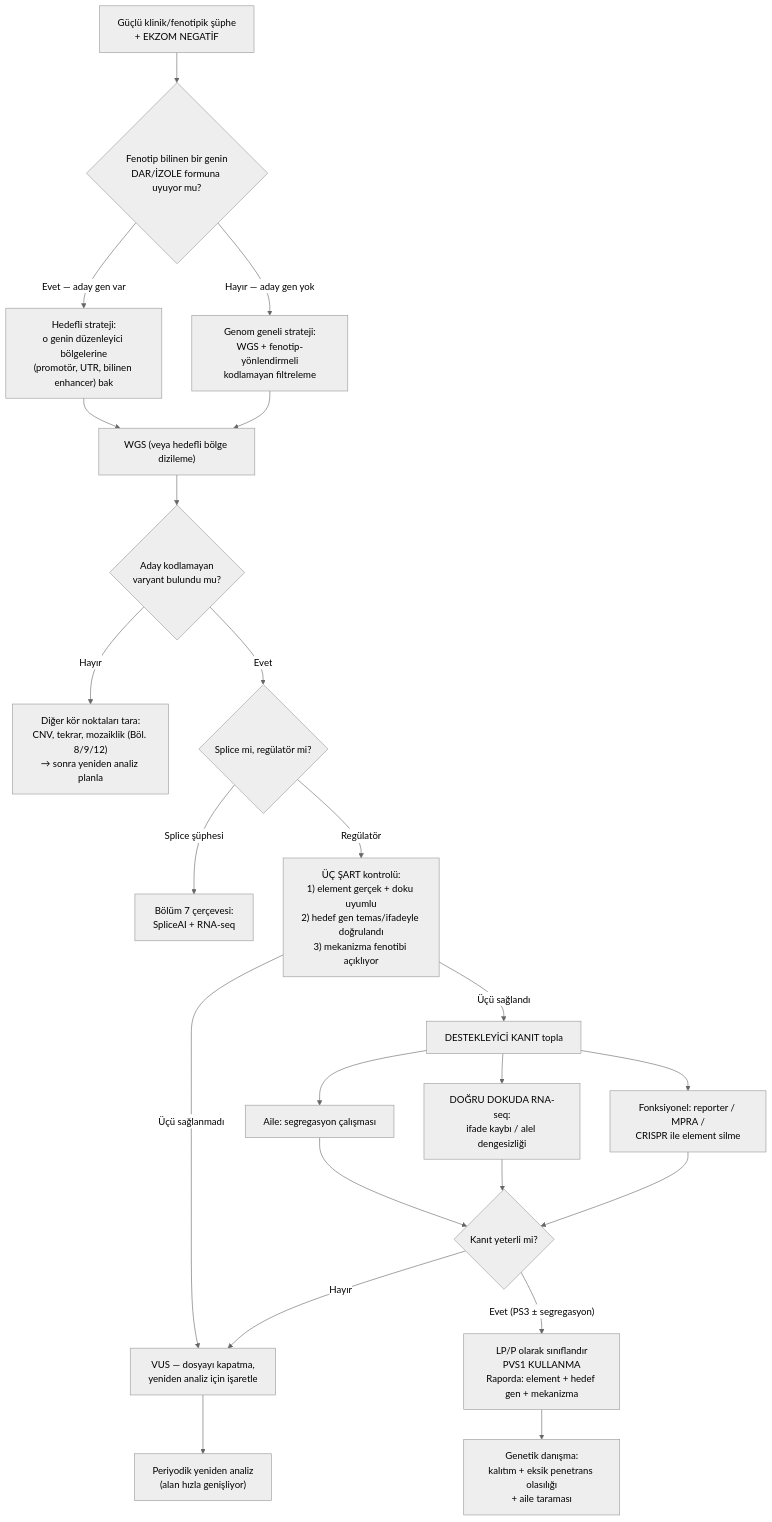
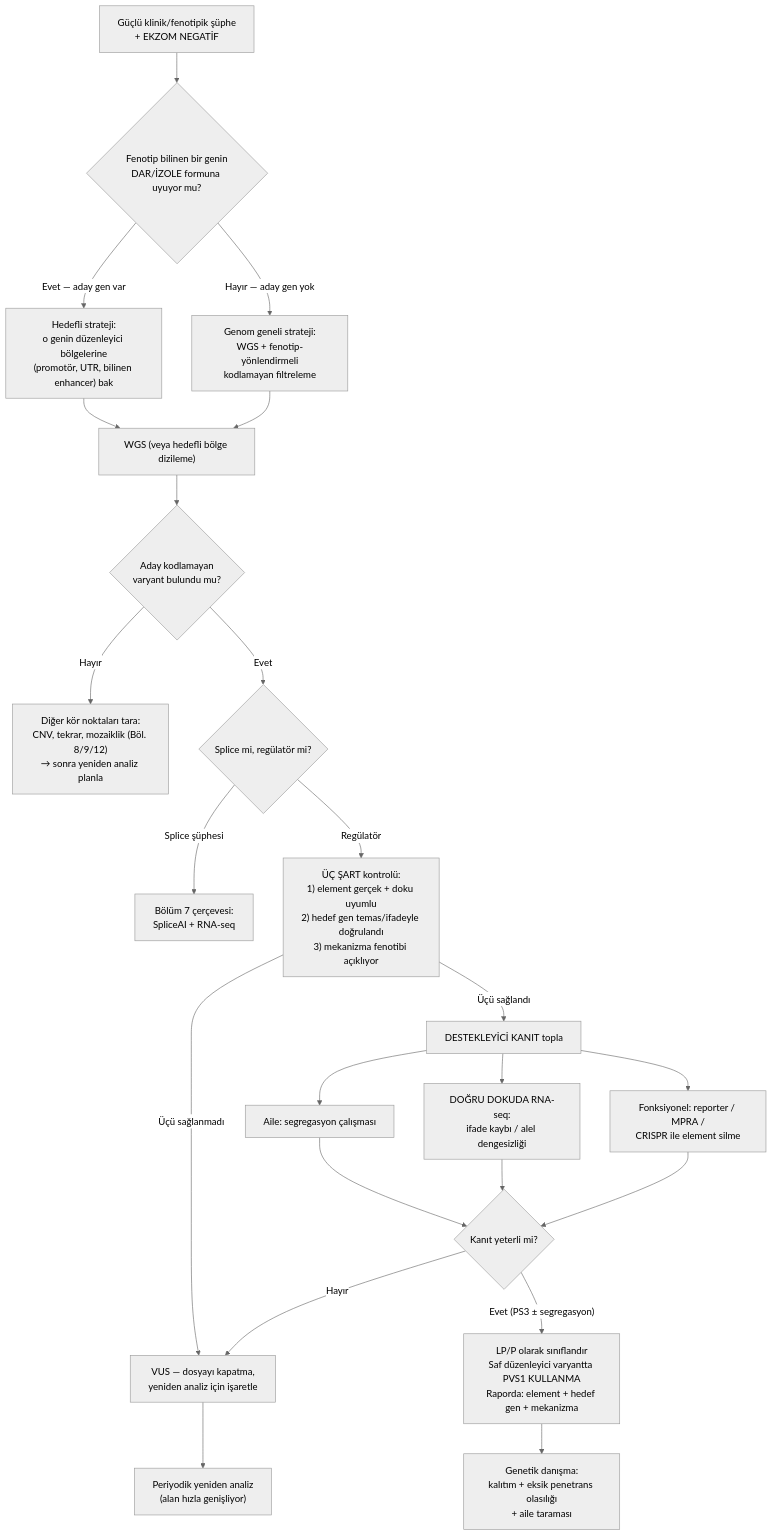
Before and after one commit to MDKalenderoglu/Mekanizma_Kitab-: the third of 3 diagrams in Bölüm_13_Noncoding_Regulator_Varyantlar.md, drawn with Mermaid (neutral theme). The commit also changed other lines of this file and 2 other files, not shown here.

````diff
--- a/Bölüm_13_Noncoding_Regulator_Varyantlar.md
+++ b/Bölüm_13_Noncoding_Regulator_Varyantlar.md
@@ -281,32 +283,32 @@
 ```mermaid
 flowchart TD
   A["Güçlü klinik/fenotipik şüphe<br/>+ EKZOM NEGATİF"] --> B{"Fenotip bilinen bir genin<br/>DAR/İZOLE formuna uyuyor mu?"}
   B -->|"Evet — aday gen var"| C["Hedefli strateji:<br/>o genin düzenleyici bölgelerine<br/>(promotör, UTR, bilinen enhancer) bak"]
   B -->|"Hayır — aday gen yok"| D["Genom geneli strateji:<br/>WGS + fenotip-yönlendirmeli<br/>kodlamayan filtreleme"]
 
   C --> E["WGS (veya hedefli bölge dizileme)"]
   D --> E
 
   E --> F{"Aday kodlamayan<br/>varyant bulundu mu?"}
   F -->|"Hayır"| G["Diğer kör noktaları tara:<br/>CNV, tekrar, mozaiklik (Böl. 8/9/12)<br/>→ sonra yeniden analiz planla"]
   F -->|"Evet"| H{"Splice mi, regülatör mi?"}
 
   H -->|"Splice şüphesi"| I["Bölüm 7 çerçevesi:<br/>SpliceAI + RNA-seq"]
   H -->|"Regülatör"| J["ÜÇ ŞART kontrolü:<br/>1) element gerçek + doku uyumlu<br/>2) hedef gen temas/ifadeyle doğrulandı<br/>3) mekanizma fenotibi açıklıyor"]
 
   J -->|"Üçü sağlanmadı"| K["VUS — dosyayı kapatma,<br/>yeniden analiz için işaretle"]
   J -->|"Üçü sağlandı"| L["DESTEKLEYİCİ KANIT topla"]
 
   L --> M["Aile: segregasyon çalışması"]
   L --> N["DOĞRU DOKUDA RNA-seq:<br/>ifade kaybı / alel dengesizliği"]
   L --> O["Fonksiyonel: reporter / MPRA /<br/>CRISPR ile element silme"]
 
   M --> P{"Kanıt yeterli mi?"}
   N --> P
   O --> P
-  P -->|"Evet (PS3 ± segregasyon)"| Q["LP/P olarak sınıflandır<br/>PVS1 KULLANMA<br/>Raporda: element + hedef gen + mekanizma"]
+  P -->|"Evet (PS3 ± segregasyon)"| Q["LP/P olarak sınıflandır<br/>Saf düzenleyici varyantta PVS1 KULLANMA<br/>Raporda: element + hedef gen + mekanizma"]
   P -->|"Hayır"| K
 
   Q --> R["Genetik danışma:<br/>kalıtım + eksik penetrans olasılığı<br/>+ aile taraması"]
   K --> S["Periyodik yeniden analiz<br/>(alan hızla genişliyor)"]
 ```
````
